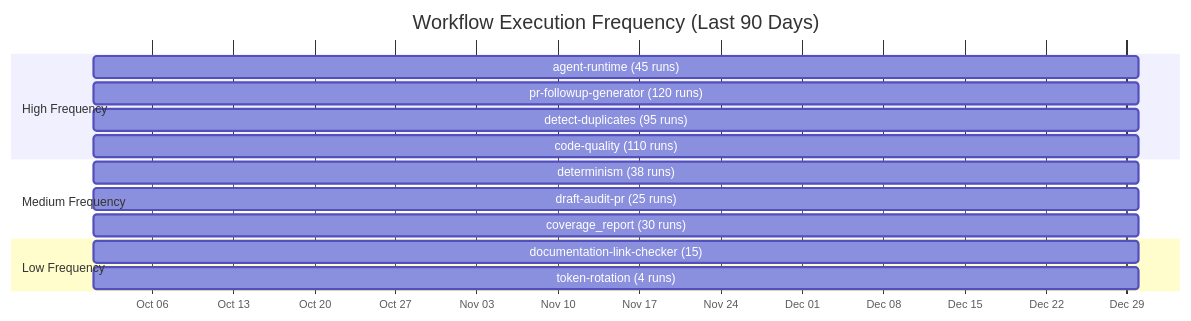
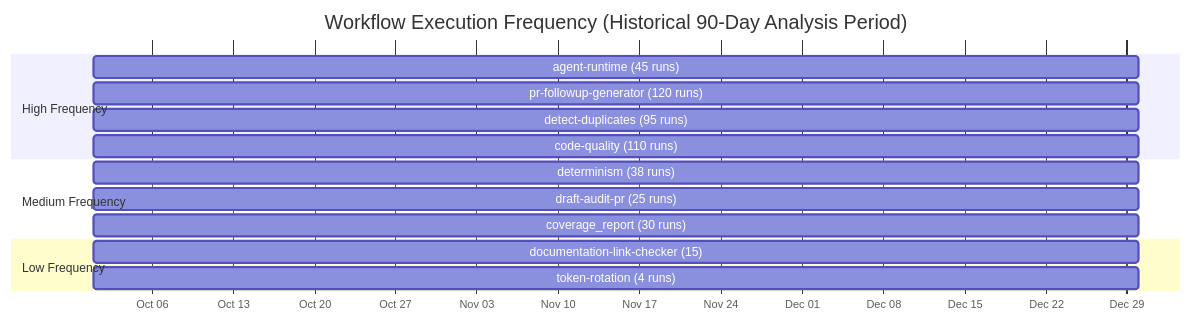
The sixth of 8 diagrams in .github/workflows/PHYSICS_BASED_WORKFLOW_PRIORITIZATION.md (Aries-Serpent/_codex_), drawn with Mermaid before and after one commit. The commit also changed other lines of this file and 3 other files, not shown here.

````diff
--- a/.github/workflows/PHYSICS_BASED_WORKFLOW_PRIORITIZATION.md
+++ b/.github/workflows/PHYSICS_BASED_WORKFLOW_PRIORITIZATION.md
@@ -294,21 +296,21 @@
 ```mermaid
 gantt
-    title Workflow Execution Frequency (Last 90 Days)
+    title Workflow Execution Frequency (Historical 90-Day Analysis Period)
     dateFormat YYYY-MM-DD
     axisFormat %b %d
     
     section High Frequency
     agent-runtime (45 runs)           :a1, 2024-10-01, 90d
     pr-followup-generator (120 runs)  :a2, 2024-10-01, 90d
     detect-duplicates (95 runs)       :a3, 2024-10-01, 90d
     code-quality (110 runs)           :a4, 2024-10-01, 90d
     
     section Medium Frequency
     determinism (38 runs)             :b1, 2024-10-01, 90d
     draft-audit-pr (25 runs)          :b2, 2024-10-01, 90d
     coverage_report (30 runs)         :b3, 2024-10-01, 90d
     
     section Low Frequency
     documentation-link-checker (15)   :c1, 2024-10-01, 90d
     token-rotation (4 runs)           :c2, 2024-10-01, 90d
 ```
````
